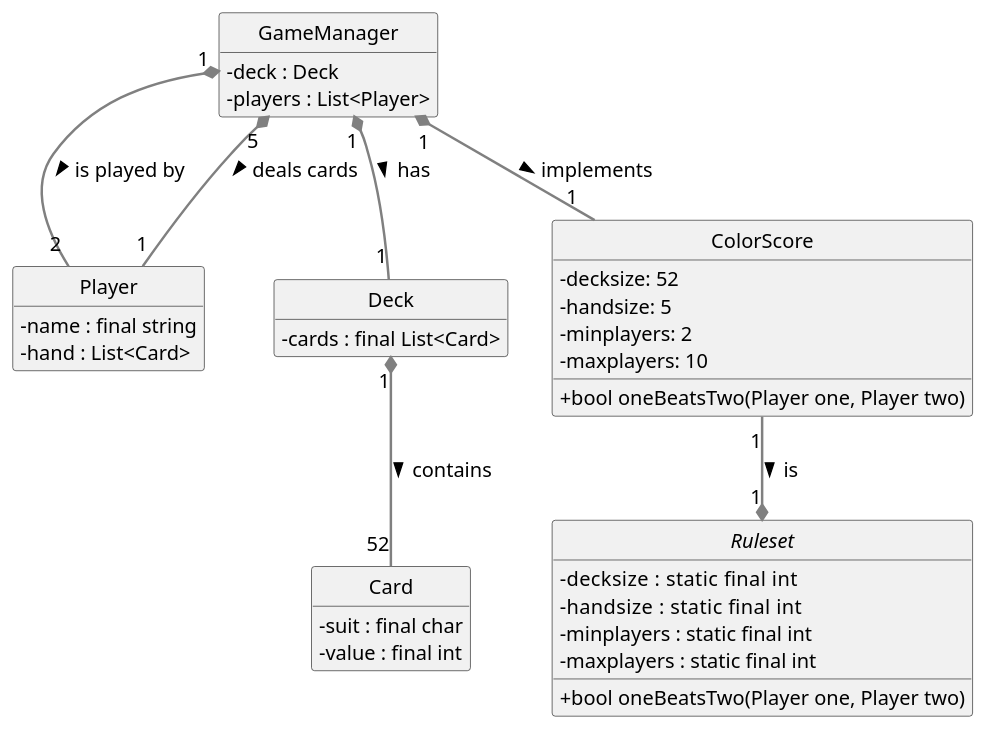
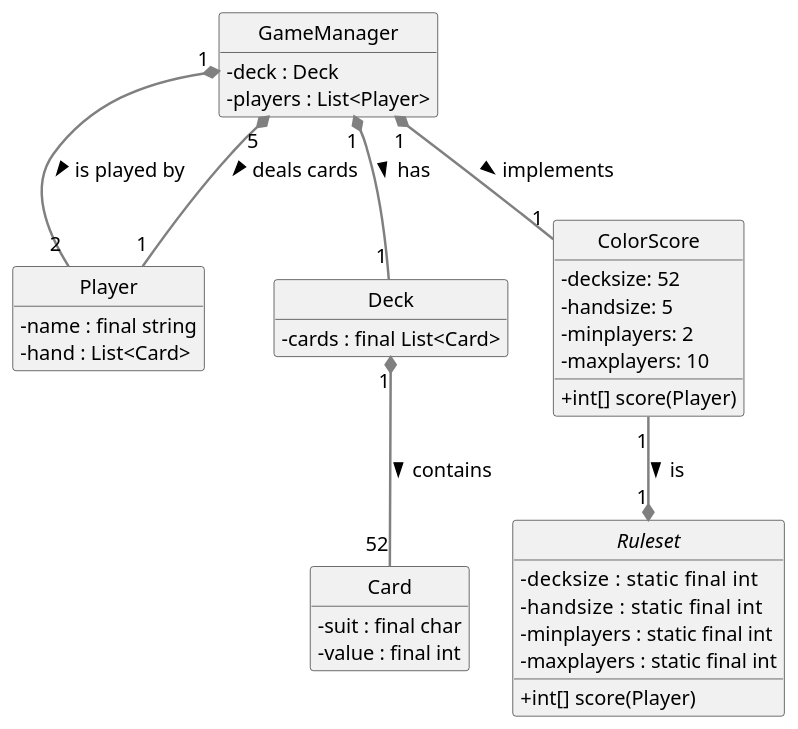
Before and after one commit to cdol/cardgame: the diagram in sequence.plantuml, drawn with PlantUML. The commit also changed 7 other files, not shown here.

Commit message:
uml change

```diff
--- a/sequence.plantuml
+++ b/sequence.plantuml
@@ -4,66 +4,66 @@
 @startuml CardGame
 
 skinparam style strictuml
 skinparam ClassAttributeIconSize 0
 skinparam DefaultFontName Arial
 skinparam DefaultFontSize 16
 skinparam DefaultFontStyle bold
 skinparam ArrowThickness 2
 skinparam ArrowColor #gray
 hide empty members
 
 
 class GameManager
 {
     -deck : Deck
     -players : List<Player>
 }
 GameManager "1" *-- "2" Player : is played by >
 GameManager "1" *-- "1" Deck : has >
 GameManager "5" *-- "1" Player : deals cards >
 GameManager "1" *-- "1" ColorScore : implements >
 
 
 abstract class Ruleset
 {
     -decksize   : static final int
     -handsize   : static final int
     -minplayers : static final int
     -maxplayers : static final int
-    +bool oneBeatsTwo(Player one, Player two)
+    +int[] score(Player)
 }
 
 
 class ColorScore
 {
     -decksize: 52
     -handsize: 5
     -minplayers: 2
     -maxplayers: 10
-    +bool oneBeatsTwo(Player one, Player two)
+    +int[] score(Player)
 }
 ColorScore "1" --* "1" Ruleset : is >
 
 
 class Deck
 {
     -cards : final List<Card>
 }
 Deck "1" *-- "52" Card : contains >
 
 
 class Card
 {
     -suit : final char
     -value : final int
 }
 
 
 class Player
 {
     -name : final string
     -hand : List<Card>
 }
 
 
 @enduml
```
